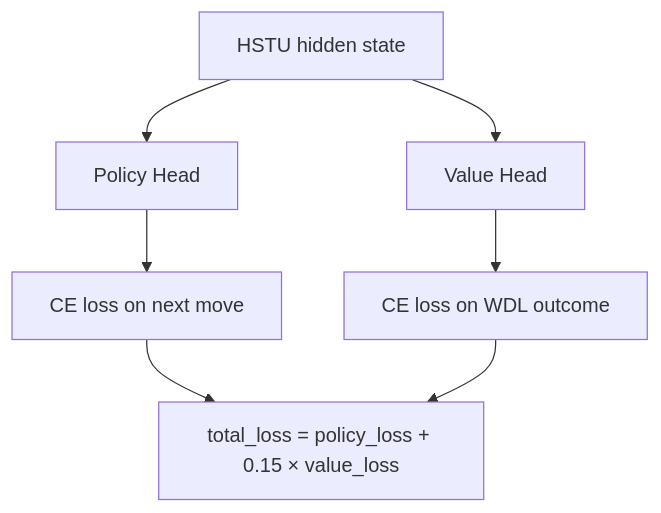
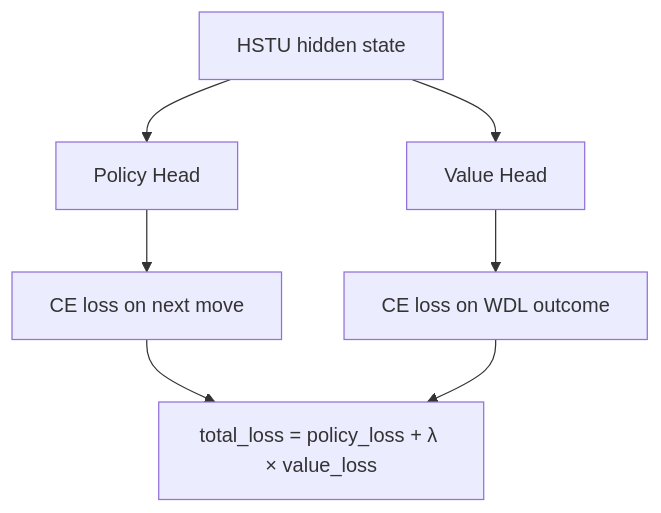
One commit to viig99/viig99.github.io changed the second of 4 diagrams in content/docs/posts/imba-chess.md. Above: the diagram before and after it, drawn with Mermaid. The commit also changed other lines of this file, not shown here.

```diff
--- a/content/docs/posts/imba-chess.md
+++ b/content/docs/posts/imba-chess.md
@@ -272,9 +365,9 @@
 {{< mermaid >}}
 flowchart TD
     A[HSTU hidden state] --> B[Policy Head]
     A --> C[Value Head]
     B --> D[CE loss on next move]
     C --> E[CE loss on WDL outcome]
-    D --> F[total_loss = policy_loss + 0.15 × value_loss]
+    D --> F[total_loss = policy_loss + λ × value_loss]
     E --> F
 {{< /mermaid >}}
```
